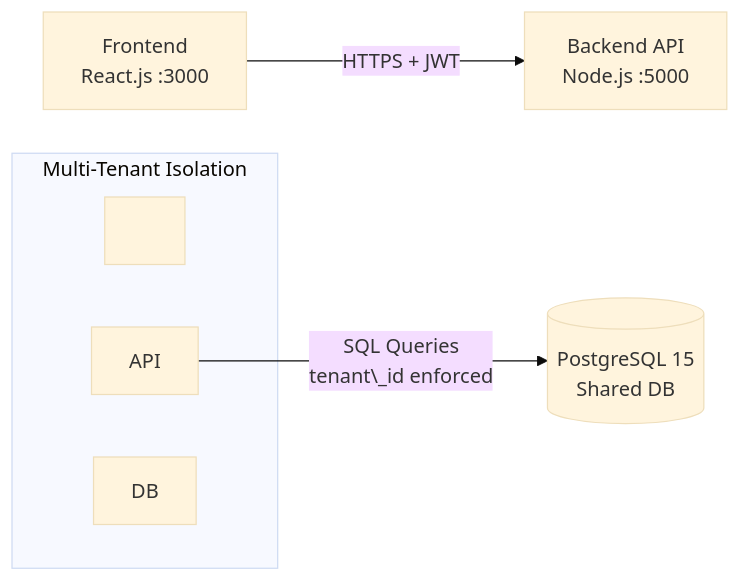
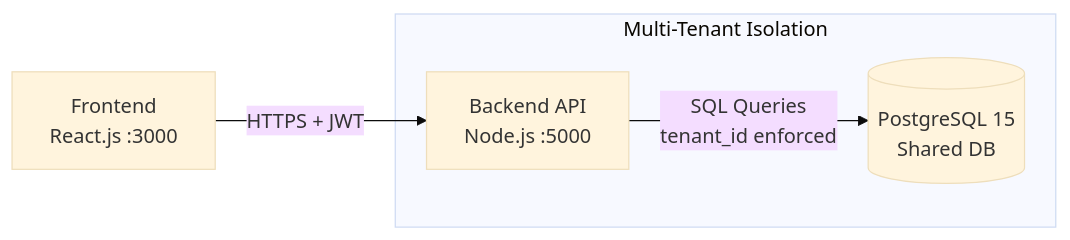
Before and after one commit to Sayyaddsameer/Multi-Tenant-SaaS-Platform: the second of 3 diagrams in docs/architecture.md, drawn with Mermaid (base theme). The commit also changed other lines of this file, not shown here.

Commit message:
docs: document system architecture, data flow, and tech stack choices

````diff
--- a/docs/architecture.md
+++ b/docs/architecture.md
@@ -182,21 +94,11 @@
 ```mermaid
+graph LR
+    Client[Frontend<br/>React.js :3000] -->|HTTPS + JWT| API[Backend API<br/>Node.js :5000]
 
-graph LR
+    API -->|SQL Queries<br/>tenant_id enforced| DB[(PostgreSQL 15<br/>Shared DB)]
 
-&nbsp;   Client\[Frontend<br/>React.js :3000] -->|HTTPS + JWT| API\[Backend API<br/>Node.js :5000]
-
-
-
-&nbsp;   API -->|SQL Queries<br/>tenant\_id enforced| DB\[(PostgreSQL 15<br/>Shared DB)]
-
-
-
-&nbsp;   subgraph Multi-Tenant Isolation
-
-&nbsp;       API
-
-&nbsp;       DB
-
-&nbsp;   end
-
+    subgraph Multi-Tenant_Isolation [Multi-Tenant Isolation]
+        API
+        DB
+    end
 ```
````
